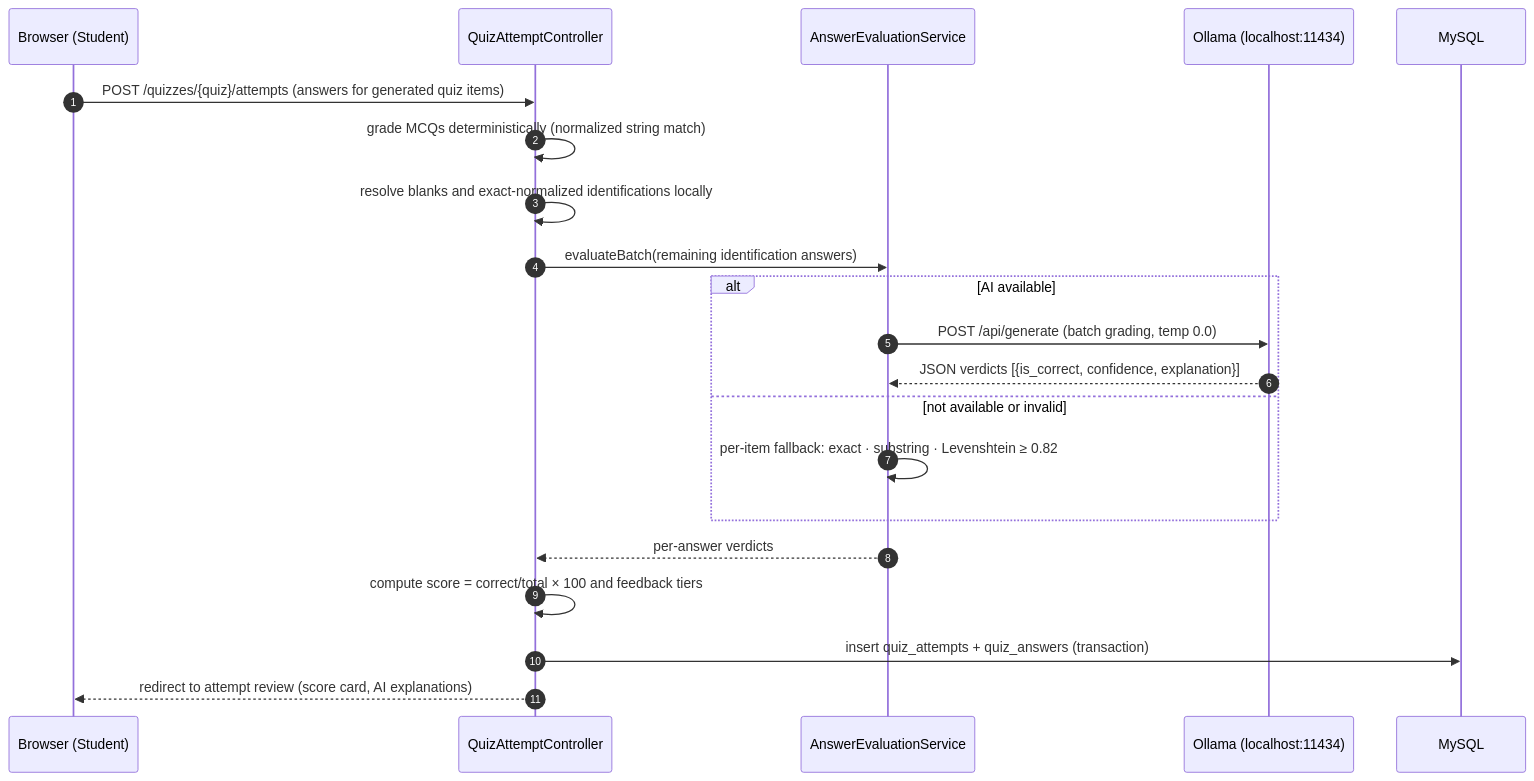
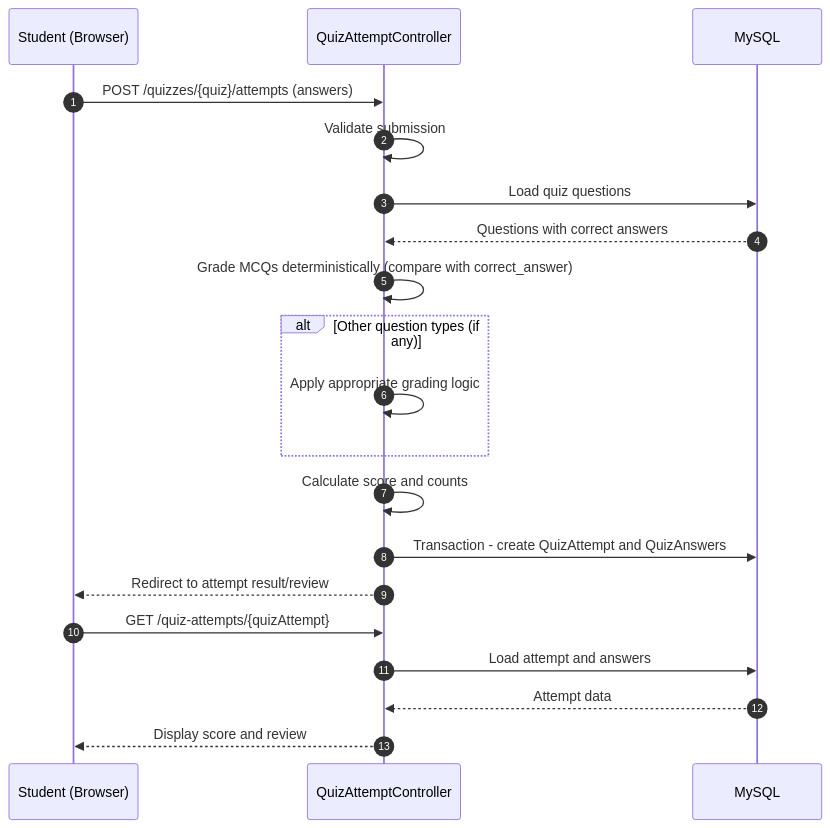
The diagram in docs/thesis-diagrams/15-sequence-grading.md (natsuck/aguhonai), drawn with Mermaid before and after one commit. The commit also changed other lines of this file and 20 other files, not shown here.

Commit message:
added diagrams

````diff
--- a/docs/thesis-diagrams/15-sequence-grading.md
+++ b/docs/thesis-diagrams/15-sequence-grading.md
@@ -3,24 +3,23 @@
 ```mermaid
 sequenceDiagram
     autonumber
-    participant B as Browser (Student)
-    participant QA as QuizAttemptController
-    participant AS as AnswerEvaluationService
-    participant OL as Ollama (localhost:11434)
+    participant S as Student (Browser)
+    participant QAC as QuizAttemptController
     participant DB as MySQL
 
-    B->>QA: POST /quizzes/{quiz}/attempts (answers for generated quiz items)
-    QA->>QA: grade MCQs deterministically (normalized string match)
-    QA->>QA: resolve blanks and exact-normalized identifications locally
-    QA->>AS: evaluateBatch(remaining identification answers)
-    alt AI available
-        AS->>OL: POST /api/generate (batch grading, temp 0.0)
-        OL-->>AS: JSON verdicts [{is_correct, confidence, explanation}]
-    else not available or invalid
-        AS->>AS: per-item fallback: exact · substring · Levenshtein ≥ 0.82
+    S->>QAC: POST /quizzes/{quiz}/attempts (answers)
+    QAC->>QAC: Validate submission
+    QAC->>DB: Load quiz questions
+    DB-->>QAC: Questions with correct answers
+    QAC->>QAC: Grade MCQs deterministically (compare with correct_answer)
+    alt Other question types (if any)
+        QAC->>QAC: Apply appropriate grading logic
     end
-    AS-->>QA: per-answer verdicts
-    QA->>QA: compute score = correct/total × 100 and feedback tiers
-    QA->>DB: insert quiz_attempts + quiz_answers (transaction)
-    QA-->>B: redirect to attempt review (score card, AI explanations)
+    QAC->>QAC: Calculate score and counts
+    QAC->>DB: Transaction - create QuizAttempt and QuizAnswers
+    QAC-->>S: Redirect to attempt result/review
+    S->>QAC: GET /quiz-attempts/{quizAttempt}
+    QAC->>DB: Load attempt and answers
+    DB-->>QAC: Attempt data
+    QAC-->>S: Display score and review
 ```
````
